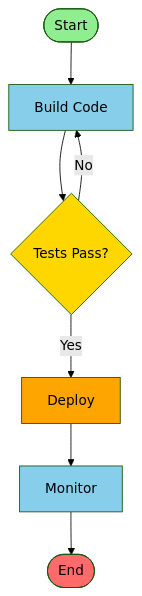
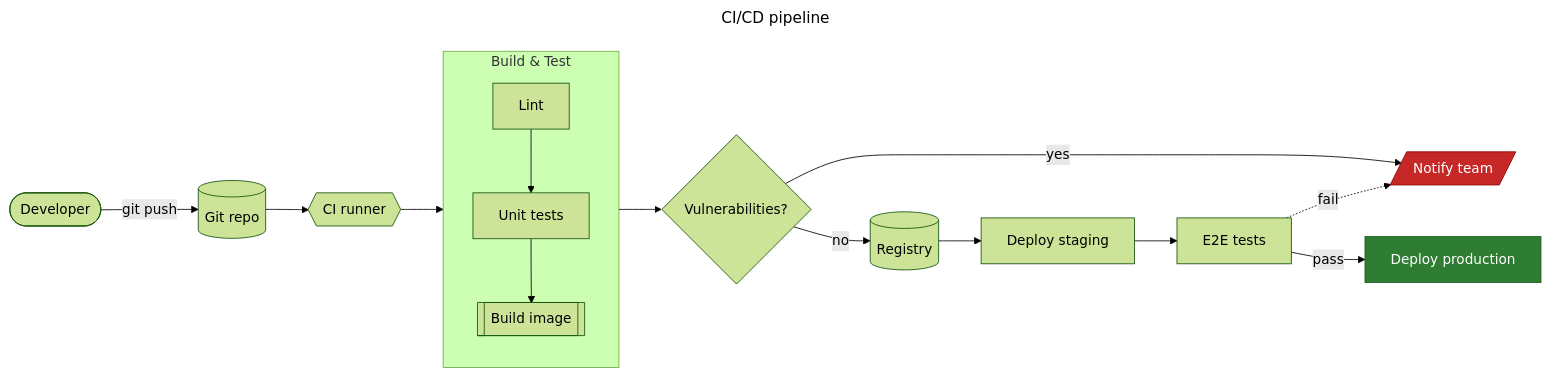
The diagram in examples/flowchart/cicd.mmd (mark3labs/mergo), drawn with Mermaid (forest theme) before and after one commit. The commit also changed 15 other files, not shown here.

Commit message:
Rewrite flowchart: full parser, v11 shapes, subgraphs, styling

```diff
--- a/examples/flowchart/cicd.mmd
+++ b/examples/flowchart/cicd.mmd
@@ -1,14 +1,19 @@
-flowchart TD
-    Start([Start]) --> Build[Build Code]
-    Build --> Test{Tests Pass?}
-    Test -->|No| Build
-    Test -->|Yes| Deploy[Deploy]
-    Deploy --> Monitor[Monitor]
-    Monitor --> End([End])
-    
-    style Start fill:#90EE90
-    style Build fill:#87CEEB
-    style Test fill:#FFD700
-    style Deploy fill:#FFA500
-    style Monitor fill:#87CEEB
-    style End fill:#FF6B6B
+---
+title: CI/CD pipeline
+---
+flowchart LR
+    dev([Developer]) -->|git push| repo[(Git repo)]
+    repo --> ci{{CI runner}}
+    subgraph build [Build & Test]
+        direction TB
+        lint[Lint] --> unit[Unit tests] --> img[[Build image]]
+    end
+    ci --> lint
+    img --> scan{Vulnerabilities?}
+    scan -- yes --> fail[/Notify team/]:::bad
+    scan -- no --> reg[(Registry)]
+    reg --> stg[Deploy staging] --> e2e[E2E tests]
+    e2e -->|pass| prod[Deploy production]:::good
+    e2e -.->|fail| fail
+    classDef good fill:#2e7d32,stroke:#1b5e20,color:#fff
+    classDef bad fill:#c62828,stroke:#8e0000,color:#fff
```
